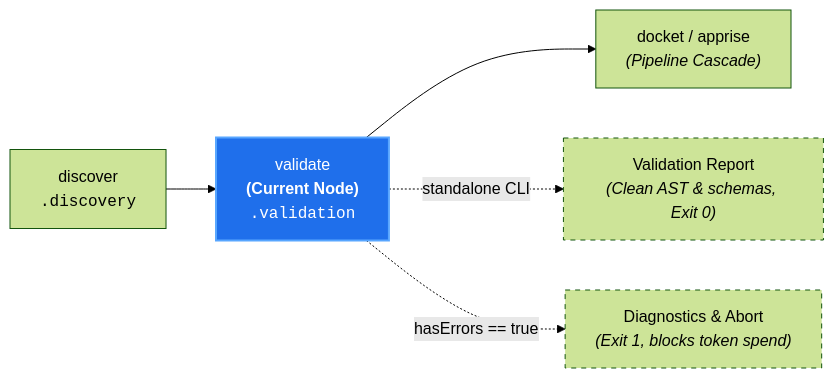
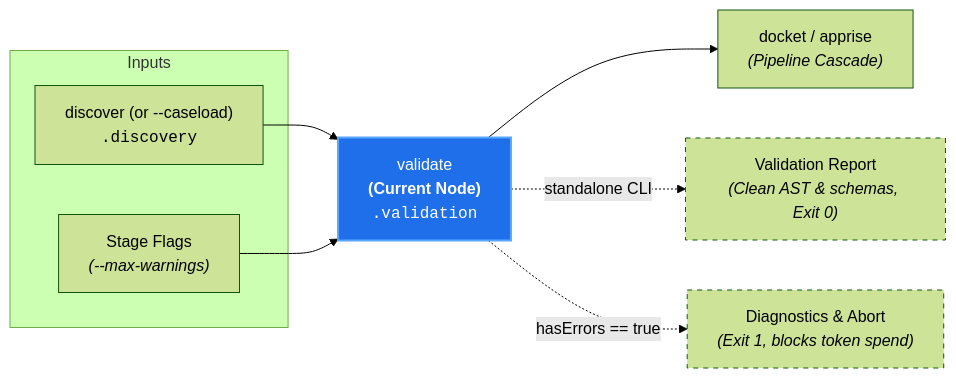
The diagram in docs/architecture/nodes/validate.md (PAIR-code/canon-clerk), drawn with Mermaid (forest theme) before and after one commit. The commit also changed 8 other files, not shown here.

Commit message:
docs(architecture): enrich localized node diagrams with stage flags and caseload inputs

````diff
--- a/docs/architecture/nodes/validate.md
+++ b/docs/architecture/nodes/validate.md
@@ -21,12 +21,18 @@
 ```mermaid
 flowchart LR
-    Discover["discover<br/><code>.discovery</code>"] --> Validate["validate<br/><b>(Current Node)</b><br/><code>.validation</code>"]
+    subgraph Inputs["Inputs"]
+        Discover["discover (or --caseload)<br/><code>.discovery</code>"]
+        Params["Stage Flags<br/><i>(--max-warnings)</i>"]
+    end
+
+    Discover --> Validate["validate<br/><b>(Current Node)</b><br/><code>.validation</code>"]
+    Params --> Validate
 
     Validate --> Next["docket / apprise<br/><i>(Pipeline Cascade)</i>"]
     Validate -. "standalone CLI" .-> ValidReport["Validation Report<br/><i>(Clean AST & schemas, Exit 0)</i>"]
     Validate -. "hasErrors == true" .-> Abort["Diagnostics & Abort<br/><i>(Exit 1, blocks token spend)</i>"]
 
     style Validate fill:#1f6feb,stroke:#58a6ff,stroke-width:2px,color:#fff
     style ValidReport stroke-dasharray: 5 5
     style Abort stroke-dasharray: 5 5
 ```
````
